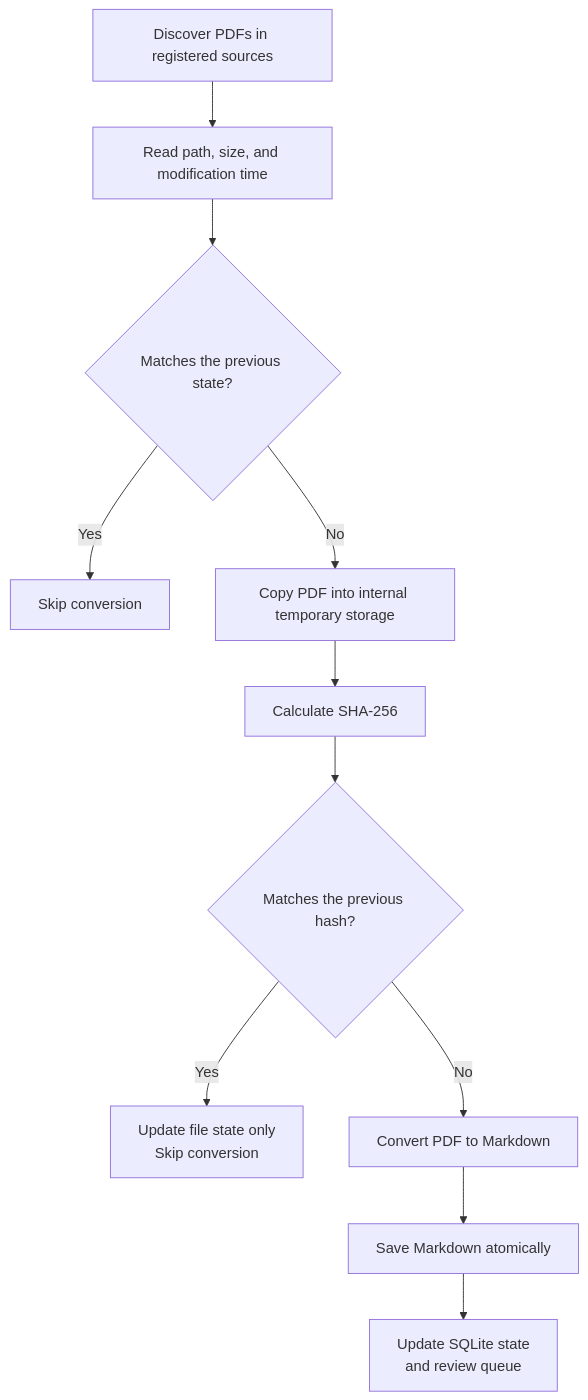
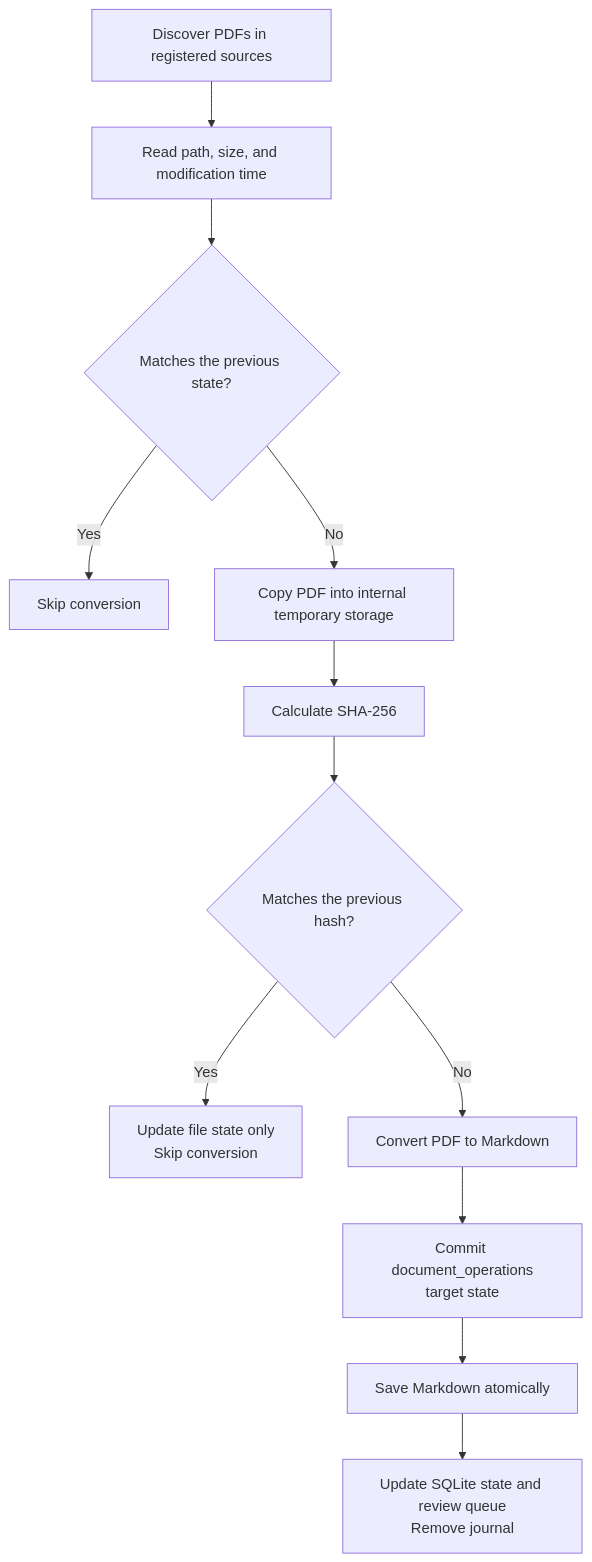
One commit to LWH4Data/research-agent changed the fourth of 9 diagrams in docs/technical/README.en.md. Above: the diagram before and after it, drawn with Mermaid. The commit also changed other lines of this file and 39 other files, not shown here.

````diff
--- a/docs/technical/README.en.md
+++ b/docs/technical/README.en.md
@@ -326,13 +498,14 @@
 ```mermaid
 flowchart TD
     A[Discover PDFs in registered sources] --> B[Read path, size, and modification time]
     B --> C{Matches the previous state?}
     C -->|Yes| D[Skip conversion]
     C -->|No| E[Copy PDF into internal temporary storage]
     E --> F[Calculate SHA-256]
     F --> G{Matches the previous hash?}
     G -->|Yes| H[Update file state only<br/>Skip conversion]
     G -->|No| I[Convert PDF to Markdown]
-    I --> J[Save Markdown atomically]
-    J --> K[Update SQLite state<br/>and review queue]
+    I --> J[Commit document_operations<br/>target state]
+    J --> K[Save Markdown atomically]
+    K --> L[Update SQLite state and review queue<br/>Remove journal]
 ```
````
